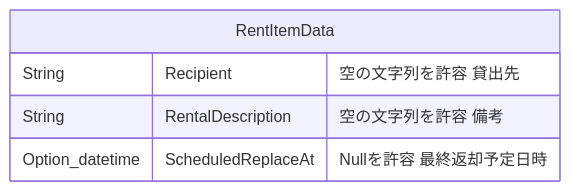
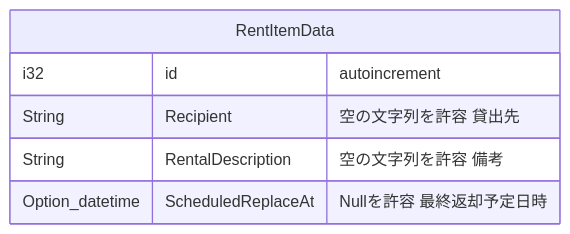
Before and after one commit to sohosai/dashi: diagram 13 of 17 in documents/endpoint.md, drawn with Mermaid. The commit also changed other lines of this file, not shown here.

````diff
--- a/documents/endpoint.md
+++ b/documents/endpoint.md
@@ -708,8 +710,9 @@
 ```mermaid
 erDiagram
     RentItemData {
+        i32 id "autoincrement"
         String Recipient "空の文字列を許容 貸出先"
         String RentalDescription "空の文字列を許容 備考"
         Option_datetime ScheduledReplaceAt "Nullを許容 最終返却予定日時"
     }
 ```
````
